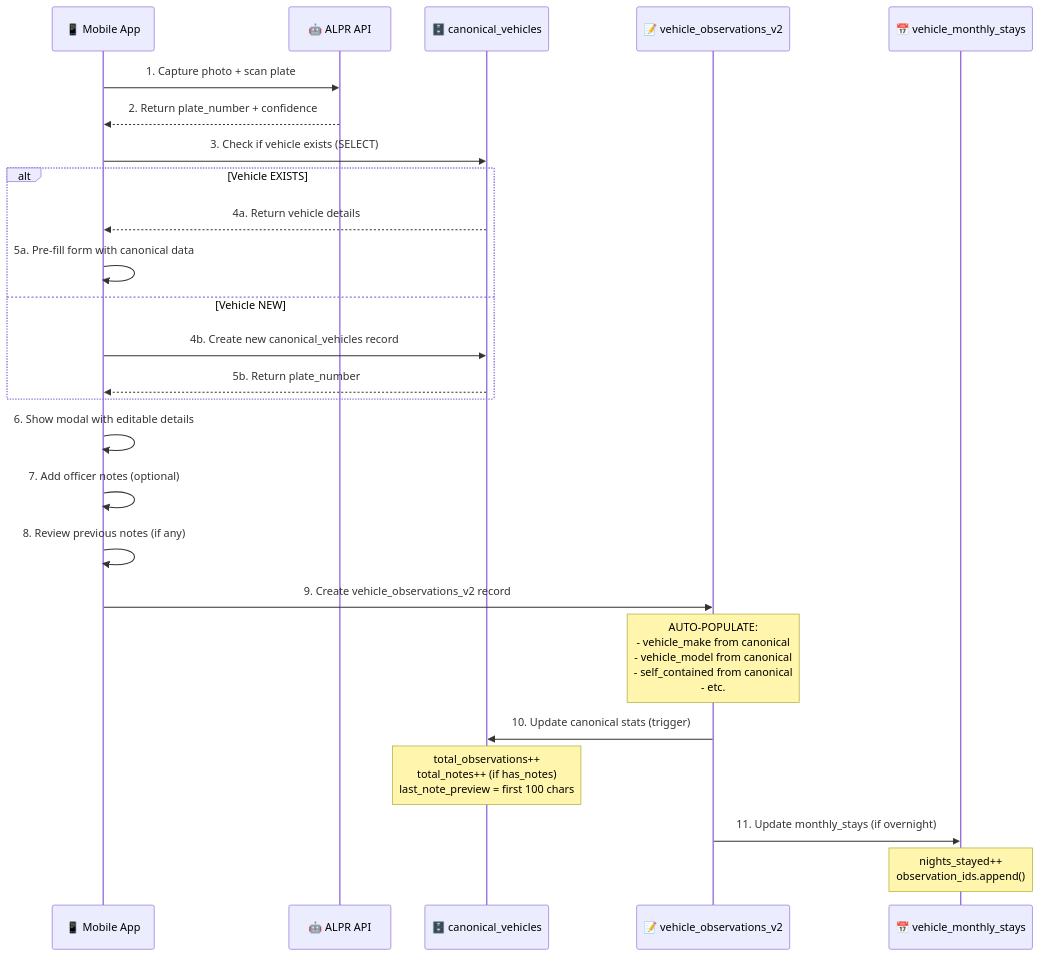
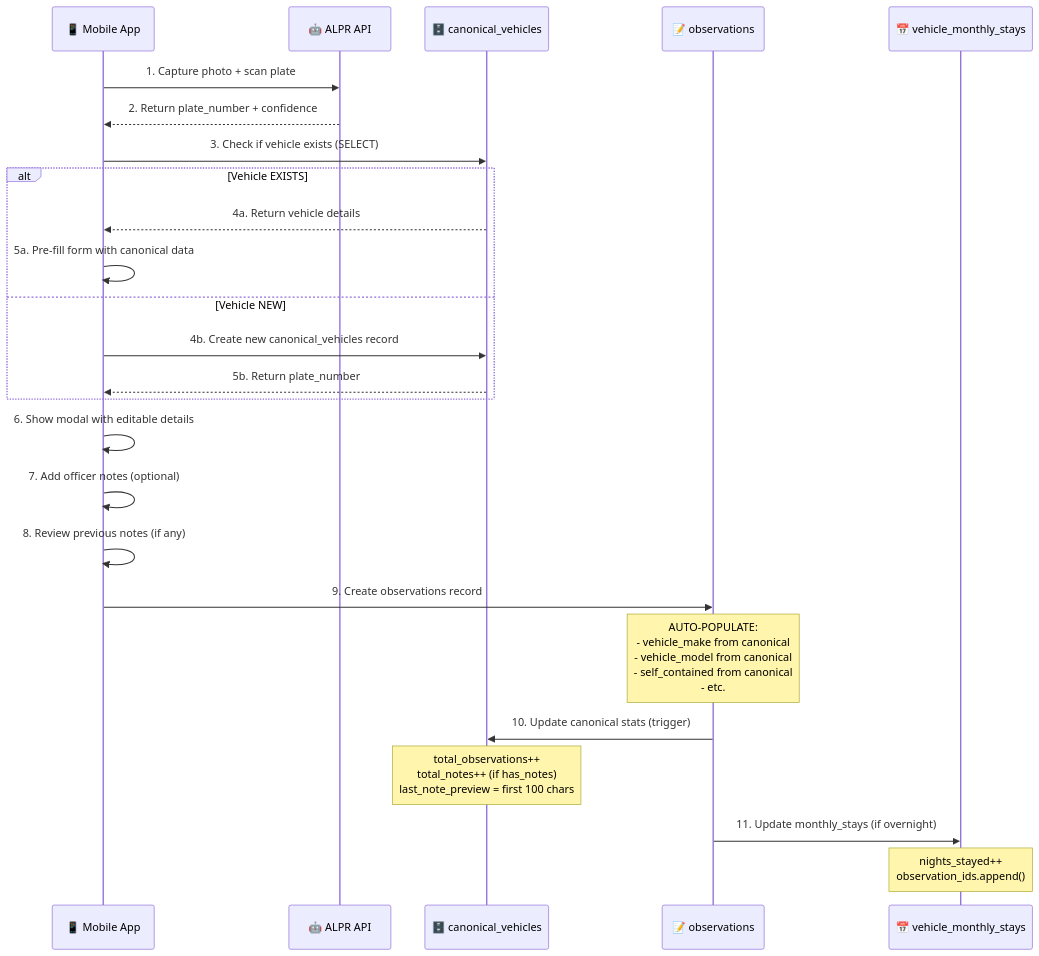
The diagram in MOBILE_APP_NEW_DATA_FLOW.md (DonSquires/FreedomCamp-Manager), drawn with Mermaid before and after one commit. The commit also changed other lines of this file and 25 other files, not shown here.

````diff
--- a/MOBILE_APP_NEW_DATA_FLOW.md
+++ b/MOBILE_APP_NEW_DATA_FLOW.md
@@ -56,34 +56,34 @@
 ```mermaid
 sequenceDiagram
     participant Officer as 📱 Mobile App
     participant ALPR as 🤖 ALPR API
     participant Canonical as 🗄️ canonical_vehicles
-    participant Observations as 📝 vehicle_observations_v2
+    participant Observations as 📝 observations
     participant Monthly as 📅 vehicle_monthly_stays
 
     Officer->>ALPR: 1. Capture photo + scan plate
     ALPR-->>Officer: 2. Return plate_number + confidence
     
     Officer->>Canonical: 3. Check if vehicle exists (SELECT)
     
     alt Vehicle EXISTS
         Canonical-->>Officer: 4a. Return vehicle details
         Officer->>Officer: 5a. Pre-fill form with canonical data
     else Vehicle NEW
         Officer->>Canonical: 4b. Create new canonical_vehicles record
         Canonical-->>Officer: 5b. Return plate_number
     end
     
     Officer->>Officer: 6. Show modal with editable details
     Officer->>Officer: 7. Add officer notes (optional)
     Officer->>Officer: 8. Review previous notes (if any)
     
-    Officer->>Observations: 9. Create vehicle_observations_v2 record
+    Officer->>Observations: 9. Create observations record
     Note over Observations: AUTO-POPULATE:<br/>- vehicle_make from canonical<br/>- vehicle_model from canonical<br/>- self_contained from canonical<br/>- etc.
     
     Observations->>Canonical: 10. Update canonical stats (trigger)
     Note over Canonical: total_observations++<br/>total_notes++ (if has_notes)<br/>last_note_preview = first 100 chars
     
     Observations->>Monthly: 11. Update monthly_stays (if overnight)
     Note over Monthly: nights_stayed++<br/>observation_ids.append()
 ```
````
